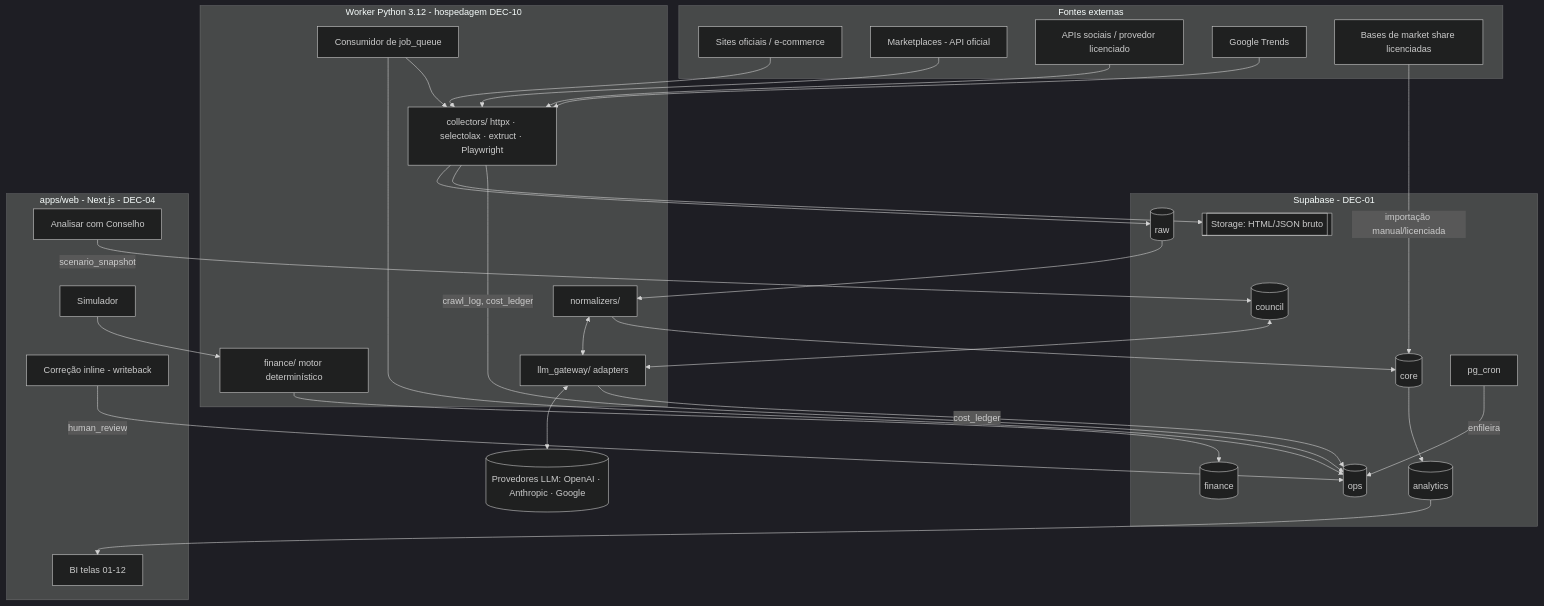
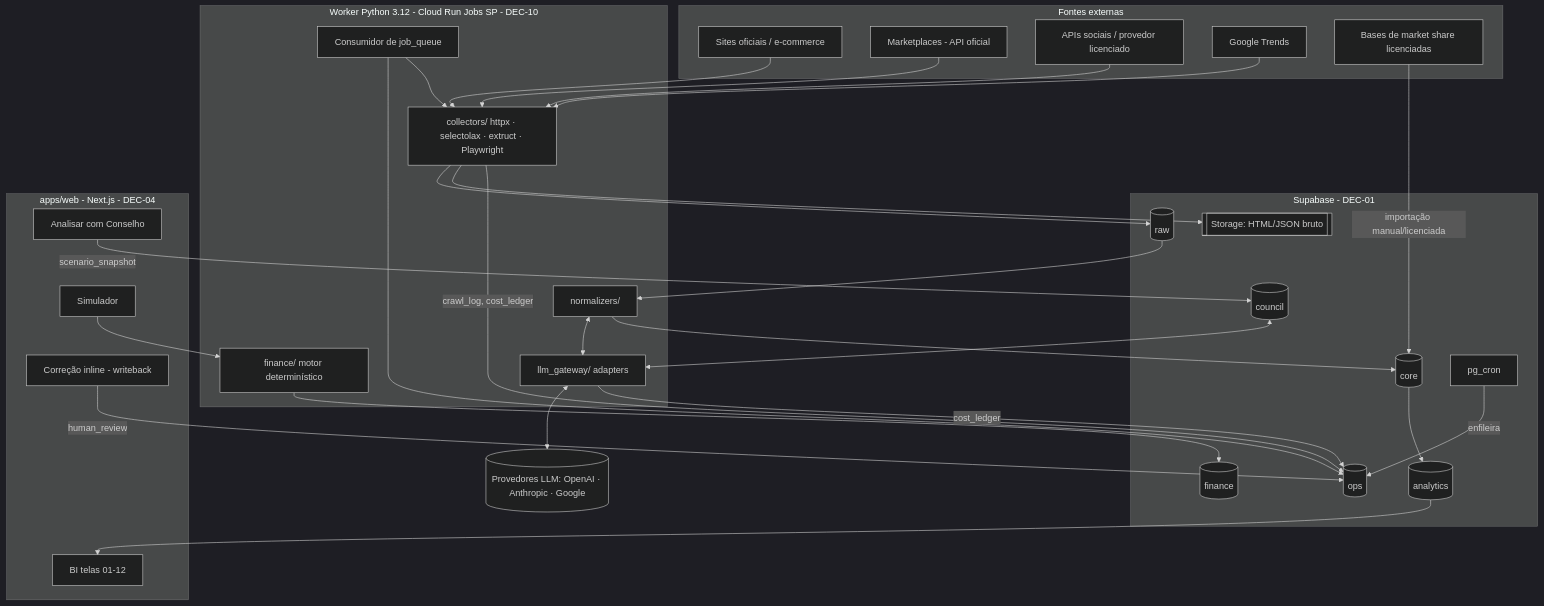
The first of 3 diagrams in docs/architecture.md (iagoxcs/Nexa), drawn with Mermaid (dark theme) before and after one commit. The commit also changed other lines of this file and 2 other files, not shown here.

First line of the commit message:
Registra aprovação de DEC-08, DEC-09, DEC-10 e categoria piloto

````diff
--- a/docs/architecture.md
+++ b/docs/architecture.md
@@ -26,62 +26,62 @@
 ```mermaid
 flowchart TB
   subgraph EXT[Fontes externas]
     OS[Sites oficiais / e-commerce]
     MP[Marketplaces - API oficial]
     SOC[APIs sociais / provedor licenciado]
     TR[Google Trends]
     MD[Bases de market share licenciadas]
   end
 
-  subgraph WORKER[Worker Python 3.12 - hospedagem DEC-10]
+  subgraph WORKER[Worker Python 3.12 - Cloud Run Jobs SP - DEC-10]
     Q[Consumidor de job_queue]
     COL[collectors/ httpx · selectolax · extruct · Playwright]
     NOR[normalizers/]
     GW[llm_gateway/ adapters]
     FIN[finance/ motor determinístico]
   end
 
   subgraph SB[Supabase - DEC-01]
     OPS[(ops)]
     RAW[(raw)]
     CORE[(core)]
     AN[(analytics)]
     CN[(council)]
     FI[(finance)]
     ST[[Storage: HTML/JSON bruto]]
     CRON[pg_cron]
   end
 
   subgraph WEB[apps/web - Next.js - DEC-04]
     BI[BI telas 01-12]
     WR[Correção inline - writeback]
     SIM[Simulador]
     BTN[Analisar com Conselho]
   end
 
   LLM[(Provedores LLM: OpenAI · Anthropic · Google)]
 
   CRON -->|enfileira| OPS
   Q --> OPS
   Q --> COL
   OS --> COL
   MP --> COL
   SOC --> COL
   TR --> COL
   MD -->|importação manual/licenciada| CORE
   COL --> RAW
   COL --> ST
   COL -->|crawl_log, cost_ledger| OPS
   RAW --> NOR
   NOR <--> GW
   GW <--> LLM
   GW -->|cost_ledger| OPS
   NOR --> CORE
   CORE --> AN
   AN --> BI
   WR -->|human_review| OPS
   BTN -->|scenario_snapshot| CN
   CN <--> GW
   SIM --> FIN
   FIN --> FI
 ```
````
